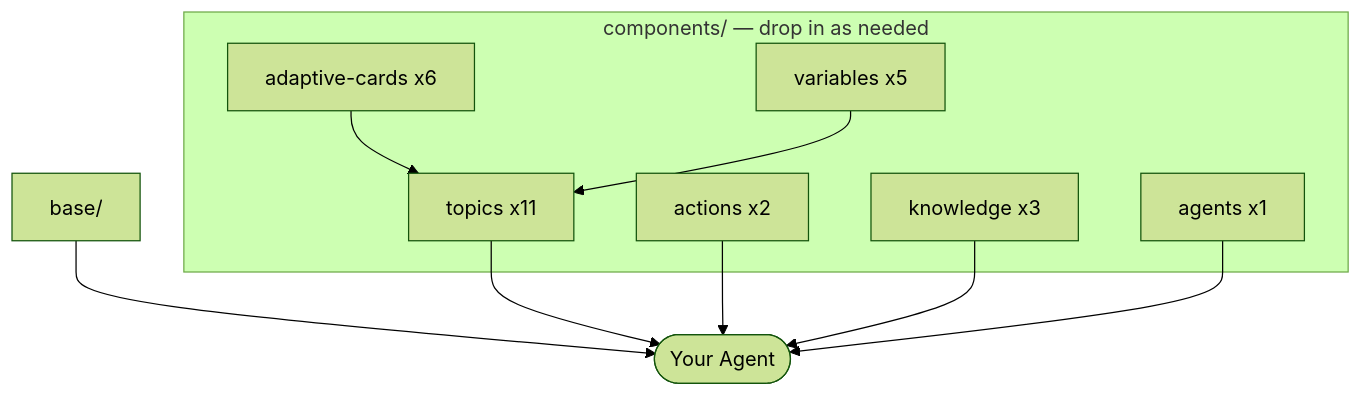
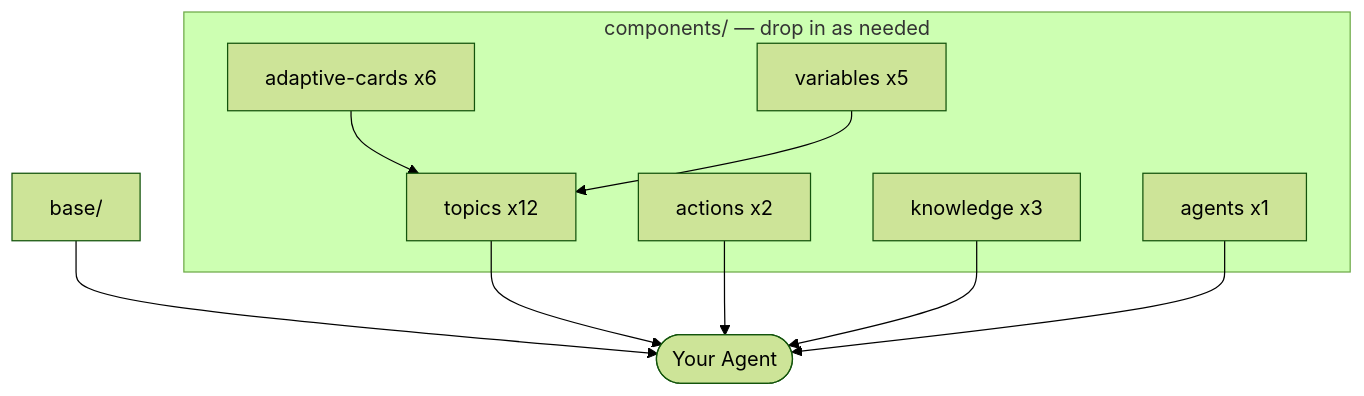
The diagram in components/README.md (ramyabhargavi-p/copilot-studio-templates), drawn with Mermaid (forest theme) before and after one commit. The commit also changed other lines of this file and 6 other files, not shown here.

````diff
--- a/components/README.md
+++ b/components/README.md
@@ -9,20 +9,20 @@
 ```mermaid
 flowchart TD
     BASE[base/] --> AGENT([Your Agent])
 
     subgraph COMP["components/  — drop in as needed"]
-        T[topics x11]
+        T[topics x12]
         AC[actions x2]
         K[knowledge x3]
         CA[adaptive-cards x6]
         V[variables x5]
         CH[agents x1]
     end
 
     T --> AGENT
     AC --> AGENT
     K --> AGENT
     CA --> T
     V --> T
     CH --> AGENT
 ```
````
